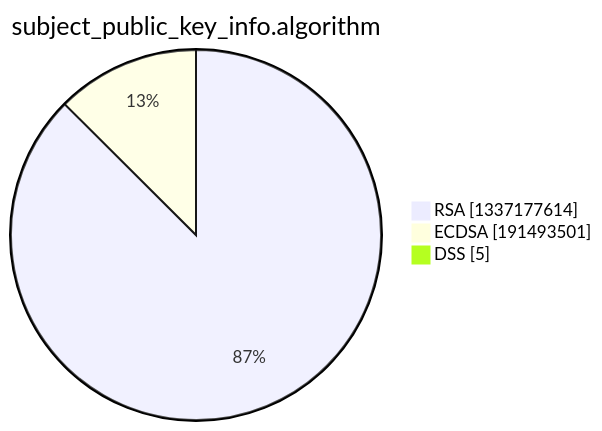
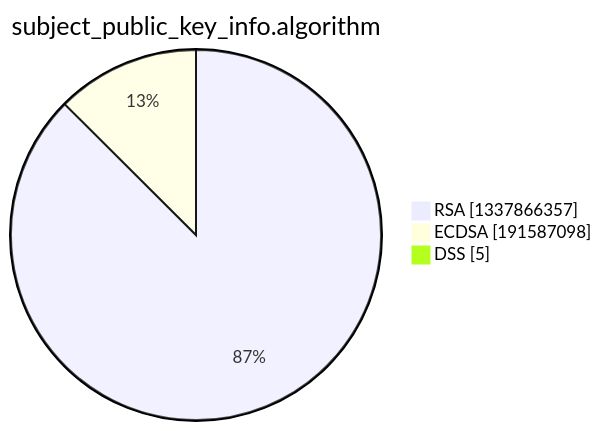
One commit to christiankrug/ctmonitor_visualization changed the third of 15 diagrams in xenon2022/README.md. Above: the diagram before and after it, drawn with Mermaid. The commit also changed other lines of this file, not shown here.

````diff
--- a/xenon2022/README.md
+++ b/xenon2022/README.md
@@ -14,7 +14,7 @@
 ```mermaid
 pie showData
 title subject_public_key_info.algorithm
-"RSA" :1337177614
-"ECDSA" :191493501
+"RSA" :1337866357
+"ECDSA" :191587098
 "DSS" :5
 ```
````
